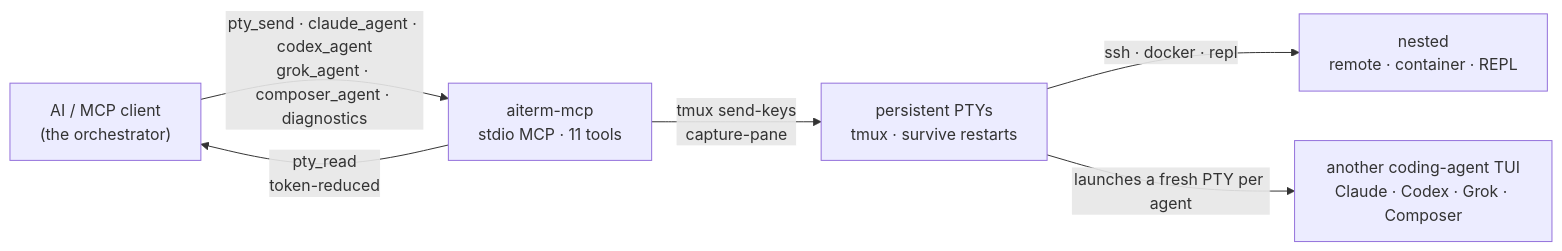
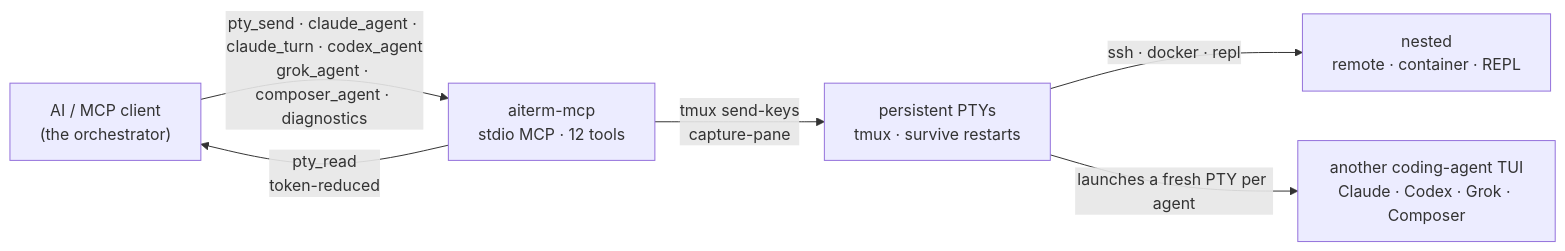
Before and after one commit to kitepon-rgb/aiterm-mcp: the diagram in README.ja.md, drawn with Mermaid. The commit also changed other lines of this file and 11 other files, not shown here.

````diff
--- a/README.ja.md
+++ b/README.ja.md
@@ -174,8 +174,8 @@
 ```mermaid
 flowchart LR
-    AI["AI / MCP client<br/>(the orchestrator)"] -->|"pty_send · claude_agent · codex_agent<br/>grok_agent · composer_agent · diagnostics"| S["aiterm-mcp<br/>stdio MCP · 11 tools"]
+    AI["AI / MCP client<br/>(the orchestrator)"] -->|"pty_send · claude_agent · claude_turn · codex_agent<br/>grok_agent · composer_agent · diagnostics"| S["aiterm-mcp<br/>stdio MCP · 12 tools"]
     S -->|"pty_read<br/>token-reduced"| AI
     S -->|"tmux send-keys<br/>capture-pane"| P["persistent PTYs<br/>tmux · survive restarts"]
     P -->|"ssh · docker · repl"| R["nested<br/>remote · container · REPL"]
     P -->|"launches a fresh PTY per agent"| A["another coding-agent TUI<br/>Claude · Codex · Grok · Composer"]
 ```
````
